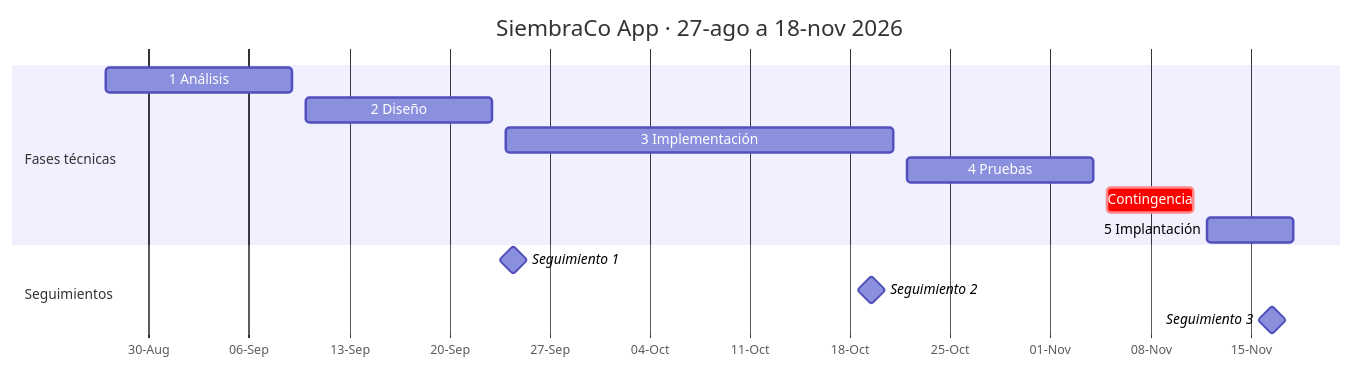
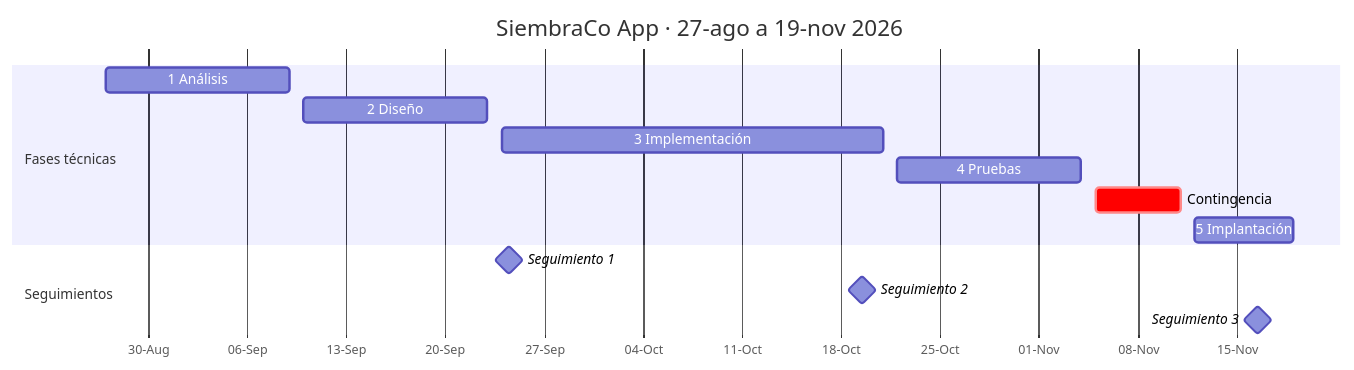
One commit to OlayaNOR/SiembraCo-App changed the diagram in docs/planeacion/cronograma.md. Above: the diagram before and after it, drawn with Mermaid. The commit also changed other lines of this file, not shown here.

Commit message:
docs(planeacion): ajustar el cierre del cronograma al 19 de noviembre
El documento oficial del caso fija la entrega final el 19-nov, no el 18.

````diff
--- a/docs/planeacion/cronograma.md
+++ b/docs/planeacion/cronograma.md
@@ -30,19 +30,19 @@
 ```mermaid
 gantt
-    title SiembraCo App · 27-ago a 18-nov 2026
+    title SiembraCo App · 27-ago a 19-nov 2026
     dateFormat YYYY-MM-DD
     axisFormat %d-%b
 
     section Fases técnicas
     1 Análisis           :a1, 2026-08-27, 2026-09-09
     2 Diseño             :a2, 2026-09-10, 2026-09-23
     3 Implementación     :a3, 2026-09-24, 2026-10-21
     4 Pruebas            :a4, 2026-10-22, 2026-11-04
     Contingencia         :crit, buf, 2026-11-05, 2026-11-11
-    5 Implantación       :a5, 2026-11-12, 2026-11-18
+    5 Implantación       :a5, 2026-11-12, 2026-11-19
 
     section Seguimientos
     Seguimiento 1        :milestone, m1, 2026-09-24, 1d
     Seguimiento 2        :milestone, m2, 2026-10-19, 1d
     Seguimiento 3        :milestone, m3, 2026-11-16, 1d
 ```
````
